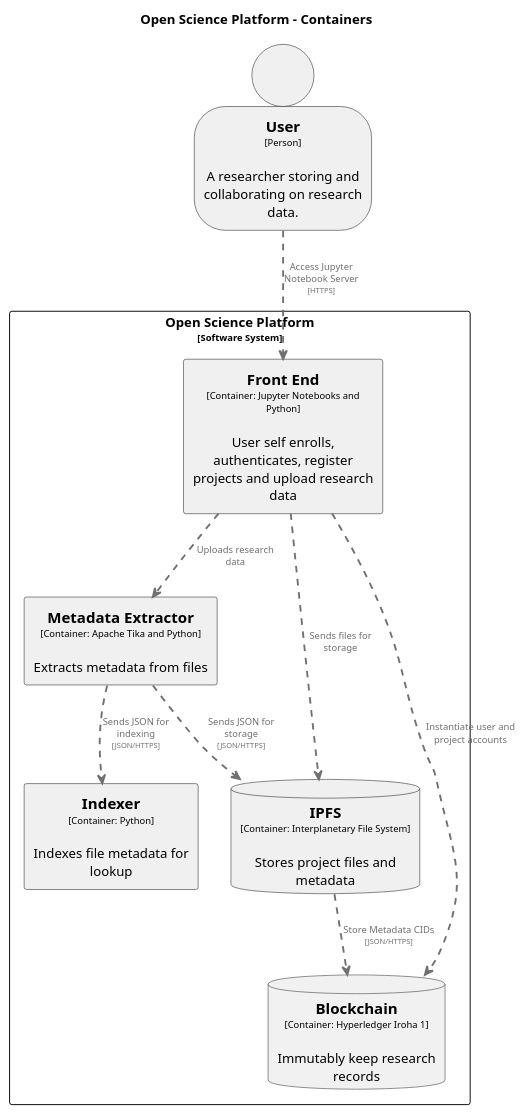
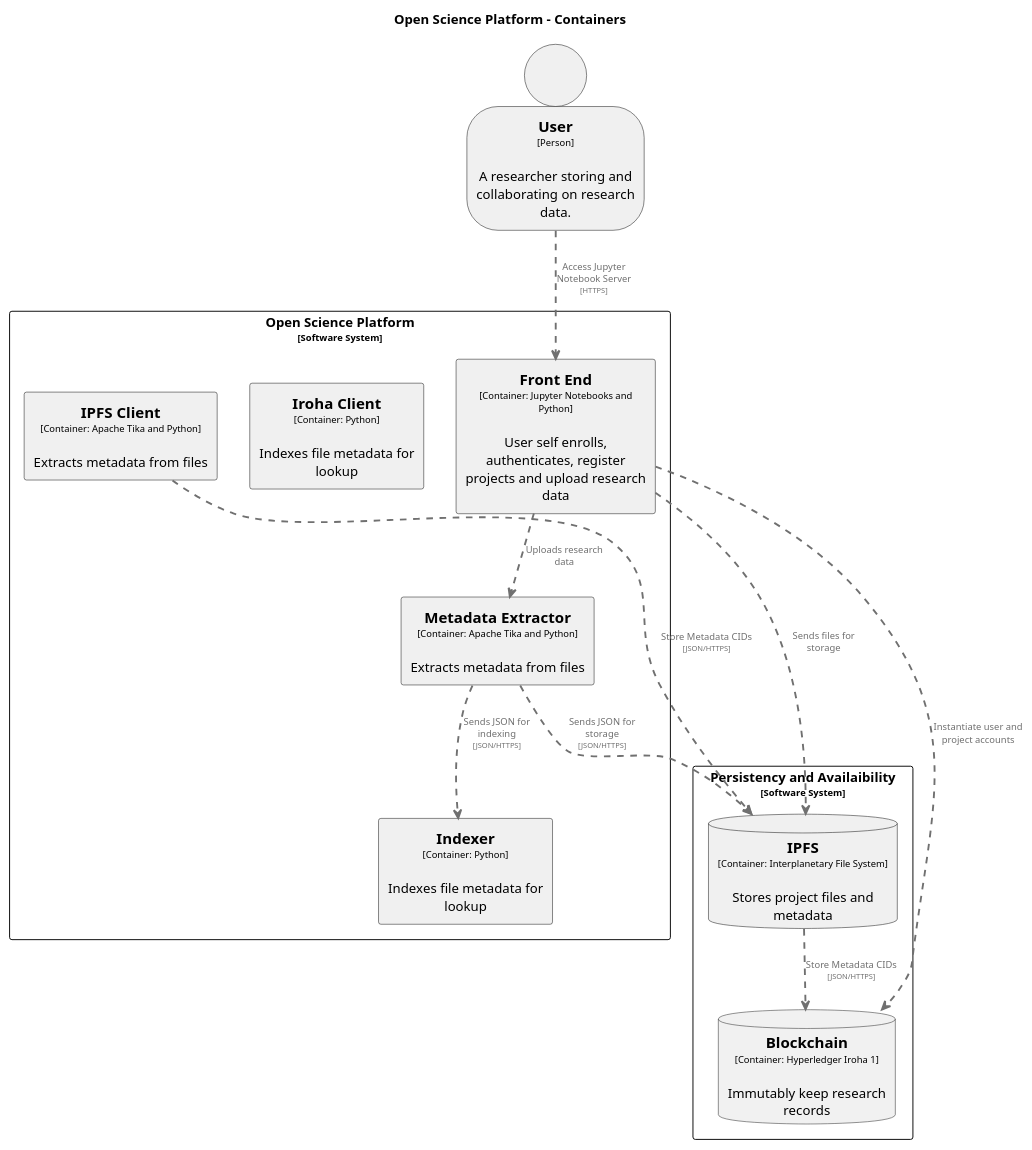
The diagram in diagrams/plantUML/container_diagram.wsd (OliveiraEdu/d-OSP), drawn with PlantUML before and after one commit.

Commit message:
including IPFS and Iroha Client on the container diagram

```diff
--- a/diagrams/plantUML/container_diagram.wsd
+++ b/diagrams/plantUML/container_diagram.wsd
@@ -1,82 +1,102 @@
 @startuml
 set separator none
 title Open Science Platform - Containers
 
 top to bottom direction
 
 skinparam {
   arrowFontSize 10
   defaultTextAlignment center
   wrapWidth 200
   maxMessageSize 100
 }
 
 hide stereotype
 
 skinparam rectangle<<OpenSciencePlatform.Indexer>> {
   BackgroundColor #F0F0F0
   FontColor #000000
   BorderColor #000000
   shadowing false
 }
 skinparam database<<OpenSciencePlatform.IPFS>> {
   BackgroundColor #F0F0F0
   FontColor #000000
   BorderColor #000000
   shadowing false
 }
 skinparam rectangle<<OpenSciencePlatform.Blockchain>> {
   BackgroundColor #F0F0F0
   FontColor #000000
   BorderColor #000000
   shadowing false
 }
 
 skinparam person<<User>> {
   BackgroundColor #F0F0F0
   FontColor #000000
   BorderColor #000000
   shadowing false
 }
 skinparam rectangle<<OpenSciencePlatform.MetadataExtractor>> {
   BackgroundColor #F0F0F0
   FontColor #000000
   BorderColor #000000
   shadowing false
 }
+
+skinparam rectangle<<OpenSciencePlatform.IPFSClient>> {
+  BackgroundColor #F0F0F0
+  FontColor #000000
+  BorderColor #000000
+  shadowing false
+}
+
+skinparam rectangle<<OpenSciencePlatform.IrohaClient>> {
+  BackgroundColor #F0F0F0
+  FontColor #000000
+  BorderColor #000000
+  shadowing false
+}
+
 skinparam rectangle<<OpenSciencePlatform.FrontEnd>> {
   BackgroundColor #F0F0F0
   FontColor #000000
   BorderColor #000000
   shadowing false
 }
 skinparam rectangle<<OpenSciencePlatform>> {
   BorderColor #000000
   FontColor #000000
   shadowing false
 }
 
 person "==User\n<size:10>[Person]</size>\n\nA researcher storing and collaborating on research data." <<User>> as User
 
 rectangle "Open Science Platform\n<size:10>[Software System]</size>" <<OpenSciencePlatform>> {
   rectangle "==Front End\n<size:10>[Container: Jupyter Notebooks and Python]</size>\n\nUser self enrolls, authenticates, register projects and upload research data " <<OpenSciencePlatform.FrontEnd>> as OpenSciencePlatform.FrontEnd
   rectangle "==Indexer\n<size:10>[Container: Python]</size>\n\nIndexes file metadata for lookup" <<OpenSciencePlatform.Indexer>> as OpenSciencePlatform.Indexer
+  rectangle "==Metadata Extractor\n<size:10>[Container: Apache Tika and Python]</size>\n\nExtracts metadata from files" <<OpenSciencePlatform.MetadataExtractor>> as OpenSciencePlatform.MetadataExtractor
+  rectangle "==Iroha Client\n<size:10>[Container: Python]</size>\n\nIndexes file metadata for lookup" <<OpenSciencePlatform.IrohaClient>> as OpenSciencePlatform.IrohaClient
+  rectangle "==IPFS Client\n<size:10>[Container: Apache Tika and Python]</size>\n\nExtracts metadata from files" <<OpenSciencePlatform.IPFSClient>> as OpenSciencePlatform.IPFSClient
+}
+  
+rectangle "Persistency and Availaibility\n<size:10>[Software System]</size>" <<OpenSciencePlatform>> {
   database "==IPFS\n<size:10>[Container: Interplanetary File System]</size>\n\nStores project files and metadata" <<OpenSciencePlatform.IPFS>> as OpenSciencePlatform.IPFS
-  rectangle "==Metadata Extractor\n<size:10>[Container: Apache Tika and Python]</size>\n\nExtracts metadata from files" <<OpenSciencePlatform.MetadataExtractor>> as OpenSciencePlatform.MetadataExtractor
   database "==Blockchain\n<size:10>[Container: Hyperledger Iroha 1]</size>\n\nImmutably keep research records" <<OpenSciencePlatform.Blockchain>> as OpenSciencePlatform.Blockchain
-  
-  
+
 }
-
 
 User .[#707070,thickness=2].> OpenSciencePlatform.FrontEnd : "<color:#707070>Access Jupyter Notebook Server\n<color:#707070><size:8>[HTTPS]</size>"
 OpenSciencePlatform.FrontEnd .[#707070,thickness=2].> OpenSciencePlatform.MetadataExtractor : "<color:#707070>Uploads research data"
 OpenSciencePlatform.FrontEnd .[#707070,thickness=2].> OpenSciencePlatform.Blockchain : "<color:#707070>Instantiate user and project accounts"
 OpenSciencePlatform.FrontEnd .[#707070,thickness=2].> OpenSciencePlatform.IPFS : "<color:#707070>Sends files for storage"
 OpenSciencePlatform.MetadataExtractor .[#707070,thickness=2].> OpenSciencePlatform.Indexer : "<color:#707070>Sends JSON for indexing\n<color:#707070><size:8>[JSON/HTTPS]</size>"
 OpenSciencePlatform.MetadataExtractor .[#707070,thickness=2].> OpenSciencePlatform.IPFS : "<color:#707070>Sends JSON for storage\n<color:#707070><size:8>[JSON/HTTPS]</size>"
 OpenSciencePlatform.IPFS .[#707070,thickness=2].> OpenSciencePlatform.Blockchain : "<color:#707070>Store Metadata CIDs\n<color:#707070><size:8>[JSON/HTTPS]</size>"
+OpenSciencePlatform.IPFSClient .[#707070,thickness=2].> OpenSciencePlatform.IPFS : "<color:#707070>Store Metadata CIDs\n<color:#707070><size:8>[JSON/HTTPS]</size>"
+
 
 
 
 @enduml
```
